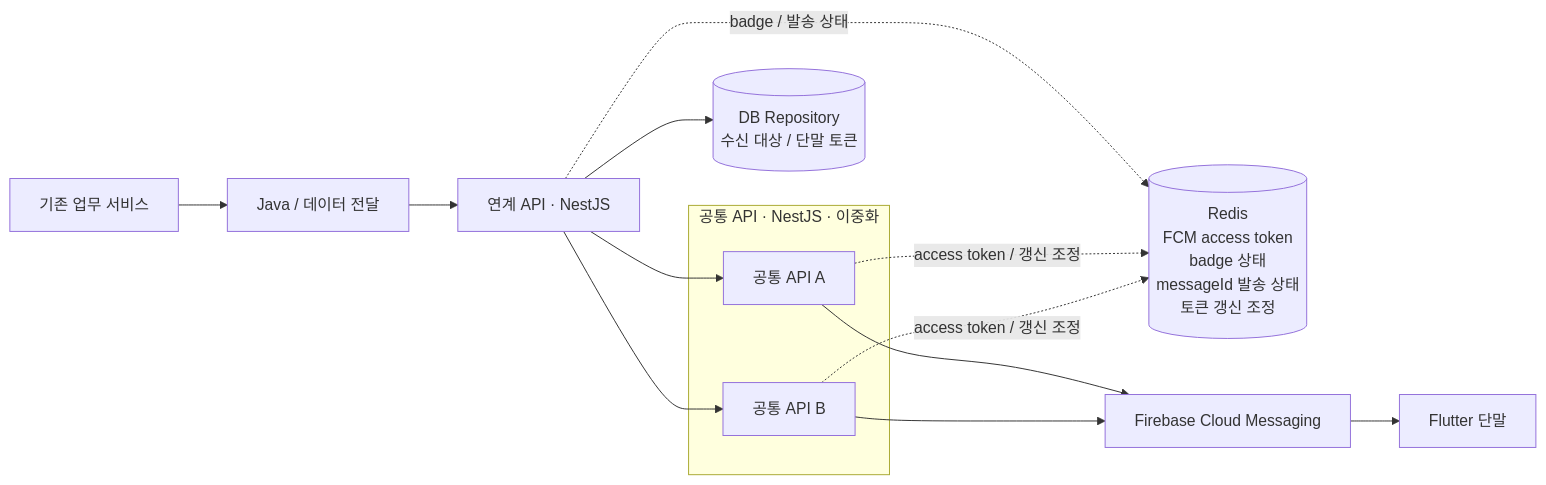
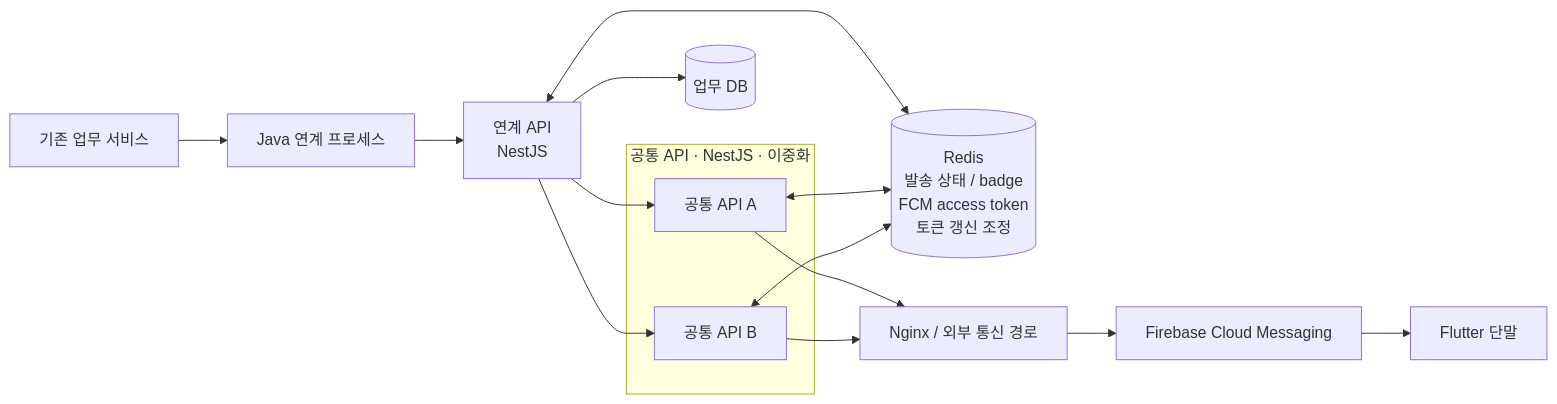
Before and after one commit to clsung7911/reliable-messaging-platform: the diagram in README.ko.md, drawn with Mermaid. The commit also changed other lines of this file and 38 other files, not shown here.

````diff
--- a/README.ko.md
+++ b/README.ko.md
@@ -13,27 +13,30 @@
 ```mermaid
 flowchart LR
     L[기존 업무 서비스]
-    J[Java / 데이터 전달]
-    M[연계 API · NestJS]
-    DB[(DB Repository<br/>수신 대상 / 단말 토큰)]
+    J[Java 연계 프로세스]
+    M[연계 API<br/>NestJS]
+    DB[(업무 DB)]
+    R[(Redis<br/>발송 상태 / badge<br/>FCM access token<br/>토큰 갱신 조정)]
 
     subgraph COMMON[공통 API · NestJS · 이중화]
         C1[공통 API A]
         C2[공통 API B]
     end
 
-    R[(Redis<br/>FCM access token<br/>badge 상태<br/>messageId 발송 상태<br/>토큰 갱신 조정)]
+    N[Nginx / 외부 통신 경로]
     F[Firebase Cloud Messaging]
     D[Flutter 단말]
 
-    L --> J --> M
+    L --> J
+    J --> M
     M --> DB
+    M <--> R
     M --> C1
     M --> C2
-    M -. badge / 발송 상태 .-> R
-    C1 -. access token / 갱신 조정 .-> R
-    C2 -. access token / 갱신 조정 .-> R
-    C1 --> F
-    C2 --> F
+    C1 <--> R
+    C2 <--> R
+    C1 --> N
+    C2 --> N
+    N --> F
     F --> D
 ```
````
